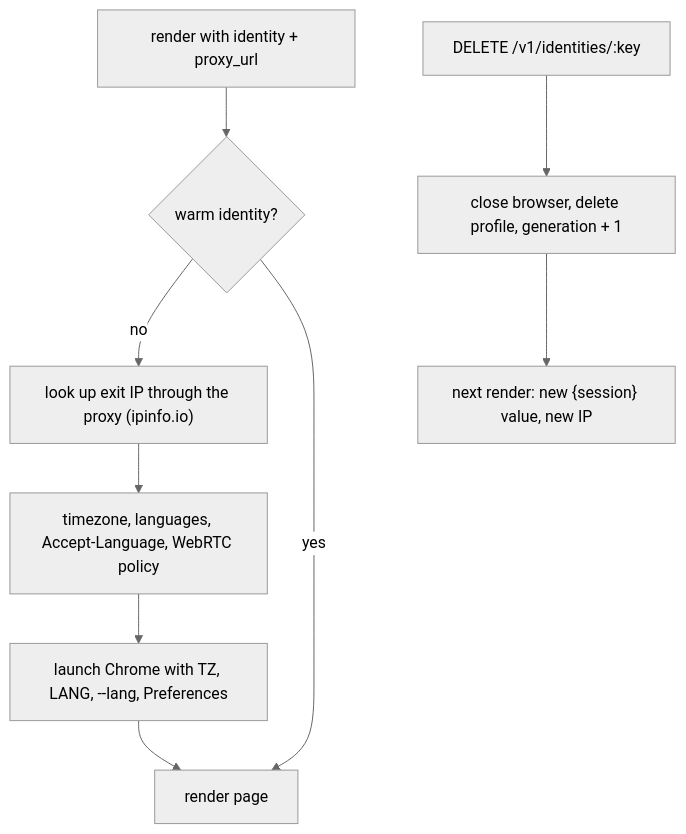
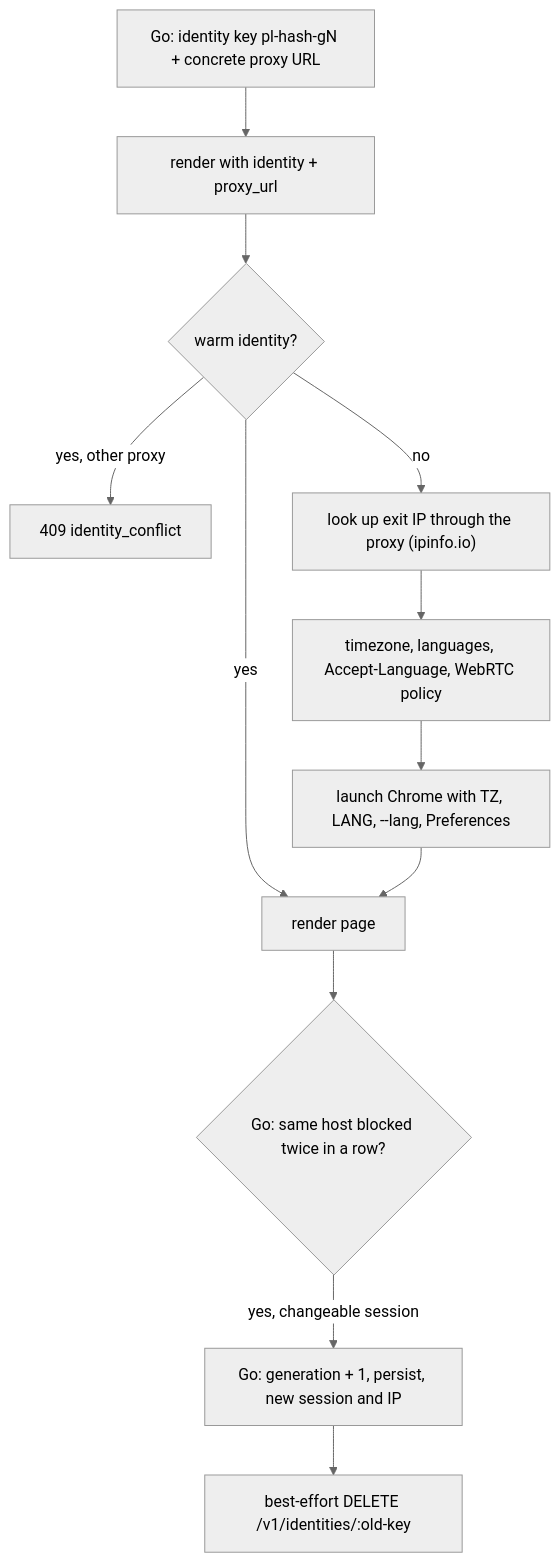
One commit to simonbalfe/pagelode changed the second of 3 diagrams in docs/browser-service.md. Above: the diagram before and after it, drawn with Mermaid (neutral theme). The commit also changed other lines of this file and 12 other files, not shown here.

````diff
--- a/docs/browser-service.md
+++ b/docs/browser-service.md
@@ -134,11 +164,14 @@
 ```mermaid
 flowchart TD
-    Request["render with identity + proxy_url"] --> Pool{warm identity?}
+    Go["Go: identity key pl-hash-gN + concrete proxy URL"] --> Request["render with identity + proxy_url"]
+    Request --> Pool{warm identity?}
+    Pool -- "yes, other proxy" --> Conflict[409 identity_conflict]
     Pool -- no --> Geo["look up exit IP through the proxy (ipinfo.io)"]
     Geo --> Persona["timezone, languages, Accept-Language, WebRTC policy"]
     Persona --> Launch["launch Chrome with TZ, LANG, --lang, Preferences"]
     Pool -- yes --> Render
     Launch --> Render[render page]
-    Rotate["DELETE /v1/identities/:key"] --> Wipe["close browser, delete profile, generation + 1"]
-    Wipe --> NewSession["next render: new {session} value, new IP"]
+    Render --> Blocked{"Go: same host blocked twice in a row?"}
+    Blocked -- "yes, changeable session" --> Next["Go: generation + 1, persist, new session and IP"]
+    Next --> Rotate["best-effort DELETE /v1/identities/:old-key"]
 ```
````
